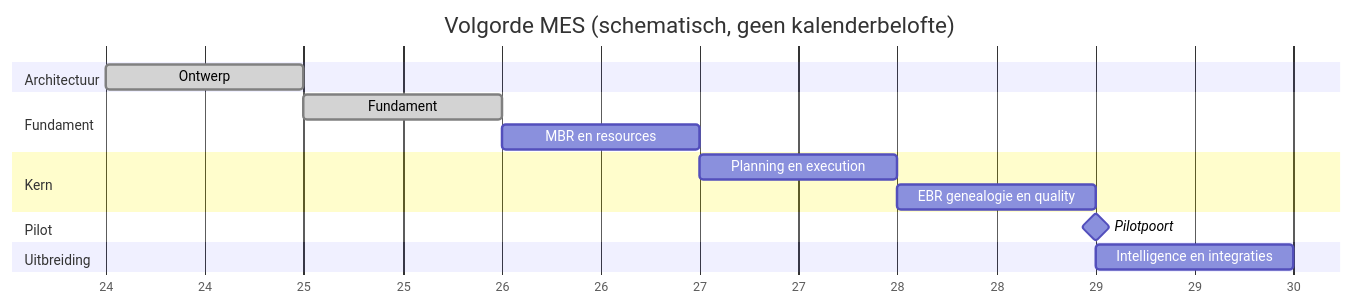
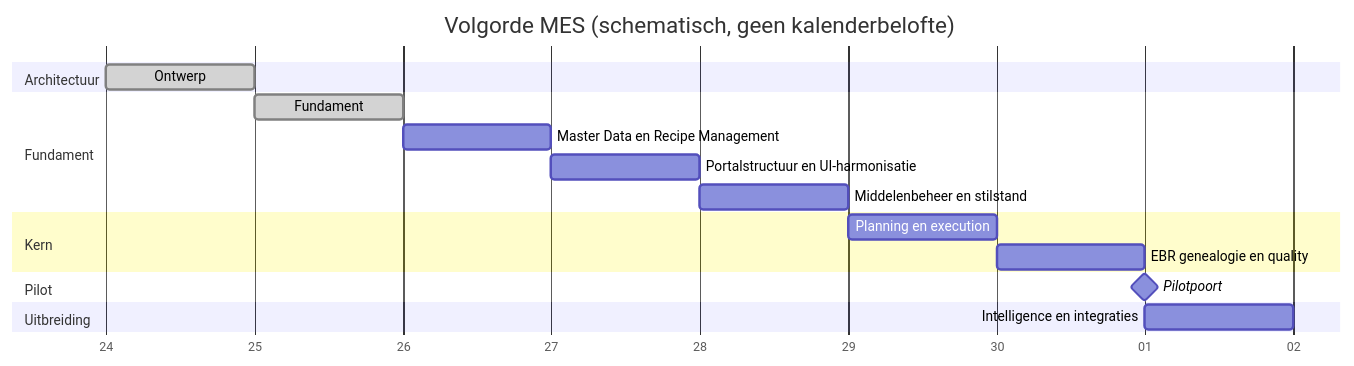
One commit to Gertjun/Manufacturing-Execution-System changed the diagram in ROADMAP.md. Above: the diagram before and after it, drawn with Mermaid. The commit also changed other lines of this file and 11 other files, not shown here.

````diff
--- a/ROADMAP.md
+++ b/ROADMAP.md
@@ -9,18 +9,20 @@
 ```mermaid
 gantt
     title Volgorde MES (schematisch, geen kalenderbelofte)
     dateFormat YYYY-MM-DD
     axisFormat %d
     section Architectuur
     Ontwerp :done, a, 2026-11-24, 1d
     section Fundament
     Fundament :done, b, after a, 1d
-    MBR en resources :c, after b, 1d
+    Master Data en Recipe Management :c, after b, 1d
+    Portalstructuur en UI-harmonisatie :ui, after c, 1d
+    Middelenbeheer en stilstand :res, after ui, 1d
     section Kern
-    Planning en execution :d, after c, 1d
+    Planning en execution :d, after res, 1d
     EBR genealogie en quality :e, after d, 1d
     section Pilot
     Pilotpoort :milestone, f, after e, 0d
     section Uitbreiding
     Intelligence en integraties :g, after f, 1d
 ```
````
